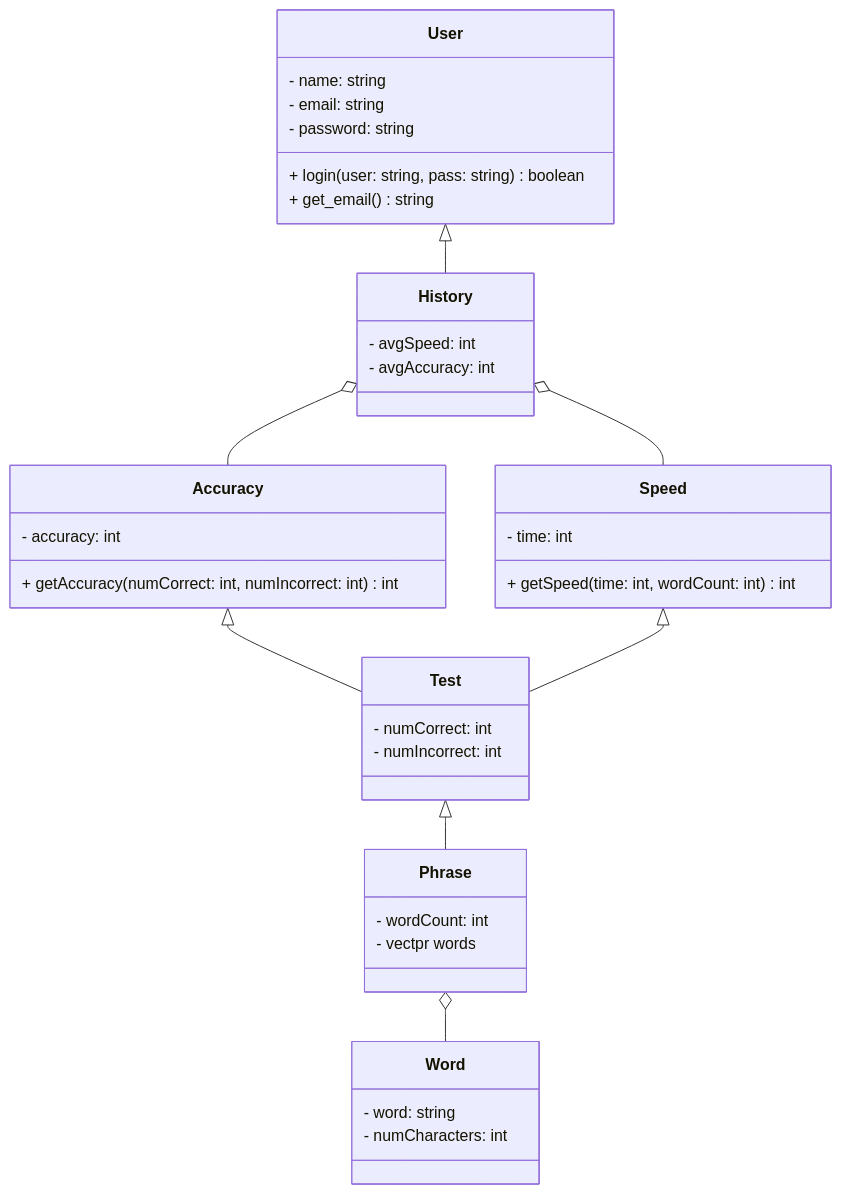
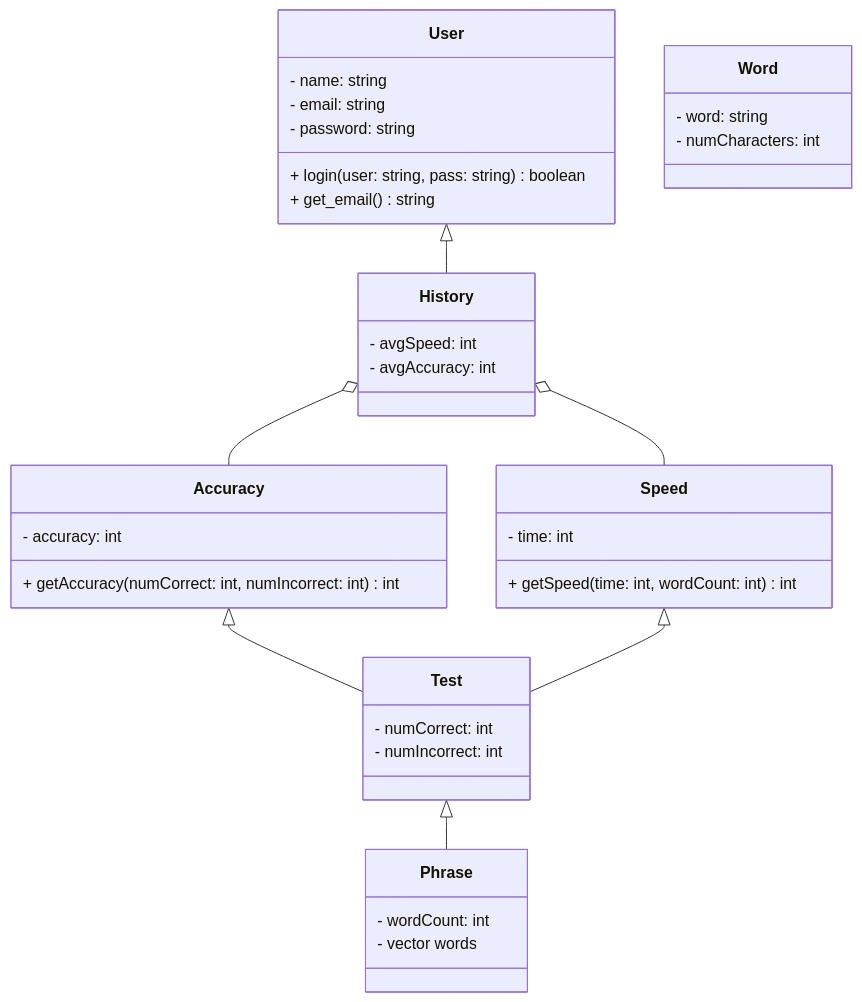
One commit to sbandaya/tippitytappity-design changed the diagram in README.md. Above: the diagram before and after it, drawn with Mermaid.

Commit message:
Fix typo in README.md for Phrase class

````diff
--- a/README.md
+++ b/README.md
@@ -8,43 +8,43 @@
 ```mermaid
 classDiagram
   Accuracy <|-- Test
   Speed <|-- Test
   Test <|-- Phrase
   User <|-- History
   History o-- Speed
   History o-- Accuracy
-  Phrase o-- Word
   
   class User{
         - name: string
         - email: string
         - password: string
         + login(user: string, pass: string) boolean
         + get_email() string
   }
   class Accuracy{
         - accuracy: int
         + getAccuracy( numCorrect: int, numIncorrect: int) int 
   }
   class Speed{
         - time: int
         + getSpeed(time: int, wordCount: int) int
   }
   class Word{
         - word: string
         - numCharacters: int 
   }
   class Phrase{
         - wordCount: int
-        - vectpr<string> words
+        - vector<string> words
+        
   }
   class Test{
         - numCorrect: int
         - numIncorrect: int
   }
   class History{
         - avgSpeed: int
         - avgAccuracy: int
   }
   
 ```
````
